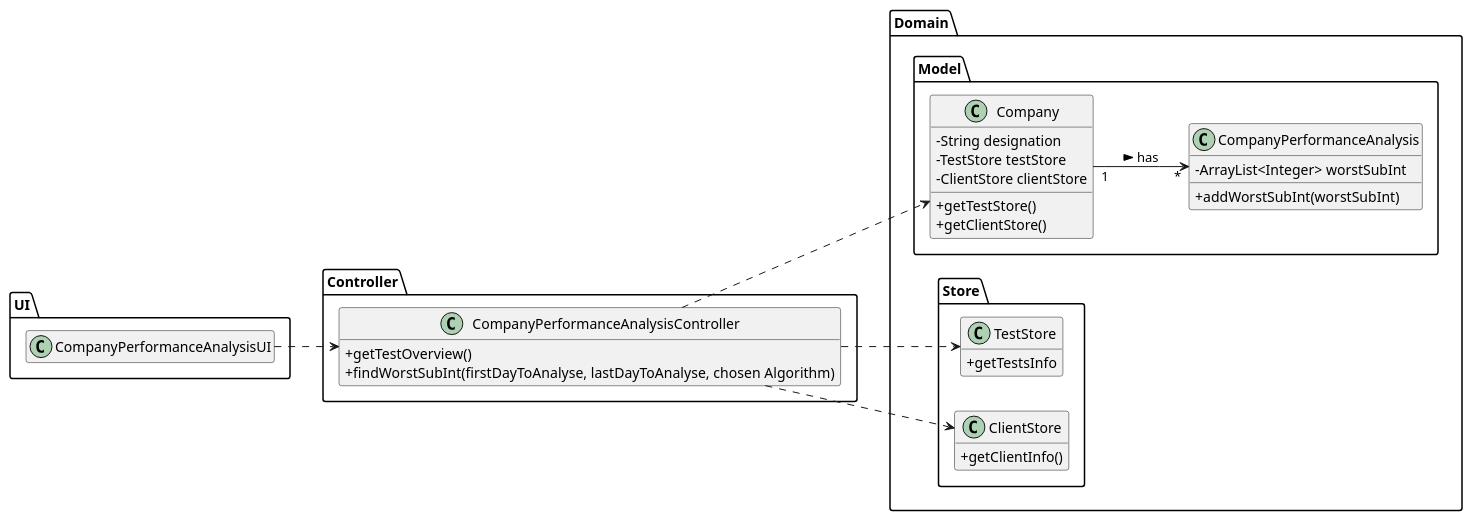
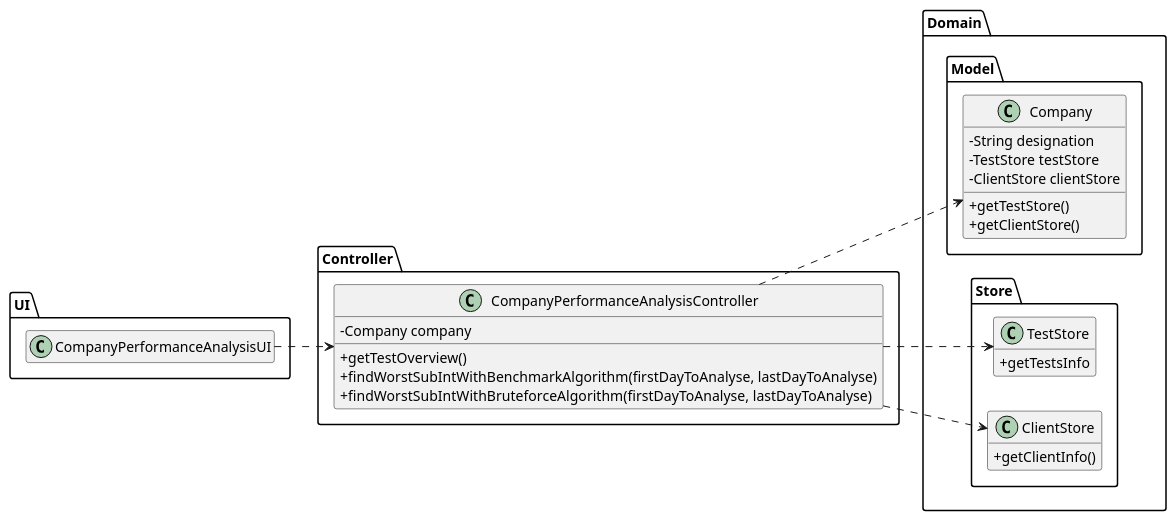
The diagram in docs/SprintD/US_16/US16_CD_WithPackages.puml (ana-albergaria/LAPR2-ISEP), drawn with PlantUML before and after one commit. The commit also changed 15 other files, not shown here.

Commit message:
Corrected error in US16 Diagrams and Documentations, and Continued US16 Code.

```diff
--- a/docs/SprintD/US_16/US16_CD_WithPackages.puml
+++ b/docs/SprintD/US_16/US16_CD_WithPackages.puml
@@ -1,62 +1,58 @@
 @startuml
 hide empty methods
 hide empty attributes
 left to right direction
 skinparam classAttributeIconSize 0
 
 package Domain {
 
 package Model{
 
 class Company {
     -String designation
     -TestStore testStore
     -ClientStore clientStore
     +getTestStore()
     +getClientStore()
-}
-
-class CompanyPerformanceAnalysis{
--ArrayList<Integer> worstSubInt
-+addWorstSubInt(worstSubInt)
 }
 
 }
 
 package Store {
 
 class TestStore {
 +getTestsInfo
 }
 
 class ClientStore {
 +getClientInfo()
 }
 
 }
 
 }
 
 package Controller {
 
 class CompanyPerformanceAnalysisController{
-+getTestOverview()
-+findWorstSubInt(firstDayToAnalyse, lastDayToAnalyse, chosen Algorithm)
+    -Company company
+    +getTestOverview()
+    +findWorstSubIntWithBenchmarkAlgorithm(firstDayToAnalyse, lastDayToAnalyse)
+    +findWorstSubIntWithBruteforceAlgorithm(firstDayToAnalyse, lastDayToAnalyse)
 }
 
 }
 
 package UI {
 
 class CompanyPerformanceAnalysisUI{
 }
 
 }
 
 CompanyPerformanceAnalysisUI ..> CompanyPerformanceAnalysisController
 CompanyPerformanceAnalysisController ..> Company
 CompanyPerformanceAnalysisController ..> ClientStore
 CompanyPerformanceAnalysisController ..> TestStore
-Company "1" --> "*" CompanyPerformanceAnalysis : has >
 
 @enduml
```
